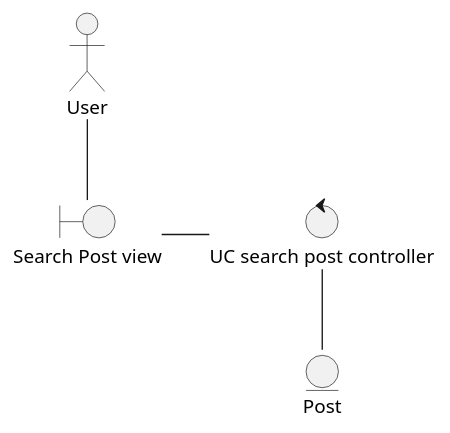
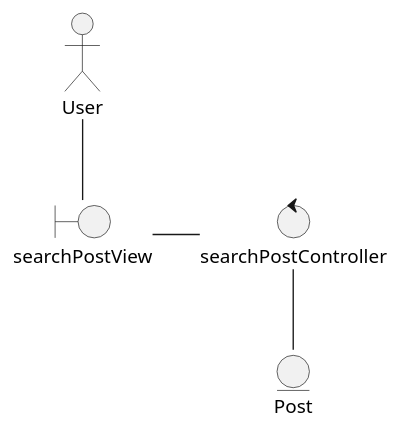
The diagram in docs/scenariosView/analysisClassDiagram/useCase-BuscarPublicacion.puml (Dayannis-07/ING_SOFT), drawn with PlantUML before and after one commit. The commit also changed 11 other files, not shown here.

Commit message:
corrections collaboration Diagram & classDiagram

```diff
--- a/docs/scenariosView/analysisClassDiagram/useCase-BuscarPublicacion.puml
+++ b/docs/scenariosView/analysisClassDiagram/useCase-BuscarPublicacion.puml
@@ -1,11 +1,11 @@
 @startuml Buscar publicación
 actor User as U
 
-boundary "Search Post view" as V
-control "UC search post controller" as G
+boundary "searchPostView" as V
+control "searchPostController" as G
 entity Post as P
 
 U -- V
 V -r- G 
 G -- P 
 @enduml
```
